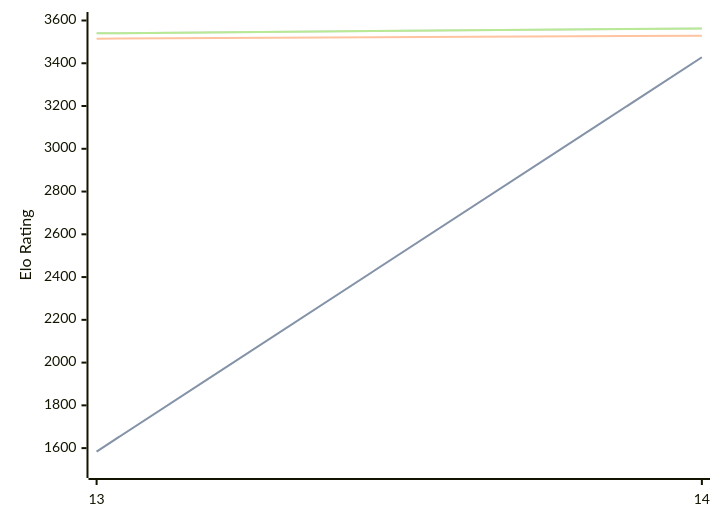
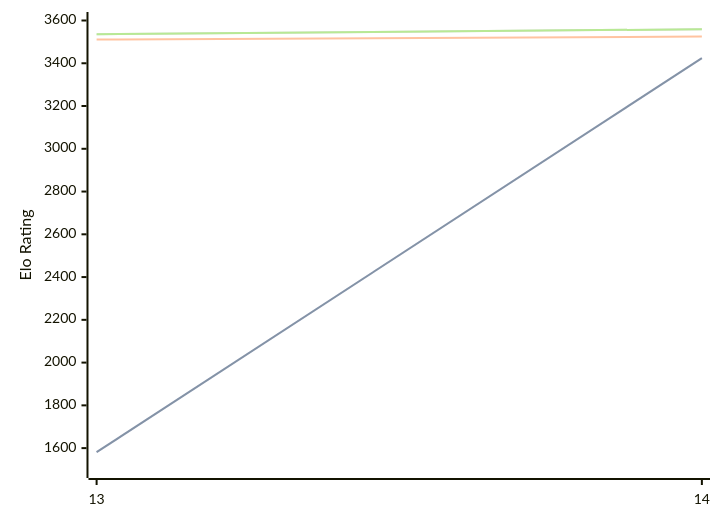
The third of 3 diagrams in engines/Berserk.md (computer-chess-index/cci), drawn with Mermaid before and after one commit. The commit also changed other lines of this file, not shown here.

Commit message:
Update CCI Ratings (ELO VLTC) - 2026-07-16

````diff
--- a/engines/Berserk.md
+++ b/engines/Berserk.md
@@ -96,11 +96,11 @@
 ```mermaid
 %%{init: {"theme":"base","themeVariables":{"seriesColors:['#a3a3a3','#222221','#faa371']}}}%%
 xychart-beta
   x-axis ["13", "14"]
   y-axis "Elo Rating" 1500 --> 3600
-  line "STC (8.0+0.08s)" [1584, 3428]
-  line "STC (8.0+0.08s)" [1584, 3428]
-  line "LTC (60.0+0.60s)" [3515, 3529]
-  line "VLTC (2m24s+1.12s)" [3540, 3563]
-  line "VLTC (2m24s+1.12s)" [3540, 3563]
+  line "STC (8.0+0.08s)" [1581, 3424]
+  line "STC (8.0+0.08s)" [1581, 3424]
+  line "LTC (60.0+0.60s)" [3511, 3525]
+  line "VLTC (2m24s+1.12s)" [3536, 3559]
+  line "VLTC (2m24s+1.12s)" [3536, 3559]
 ```
````
